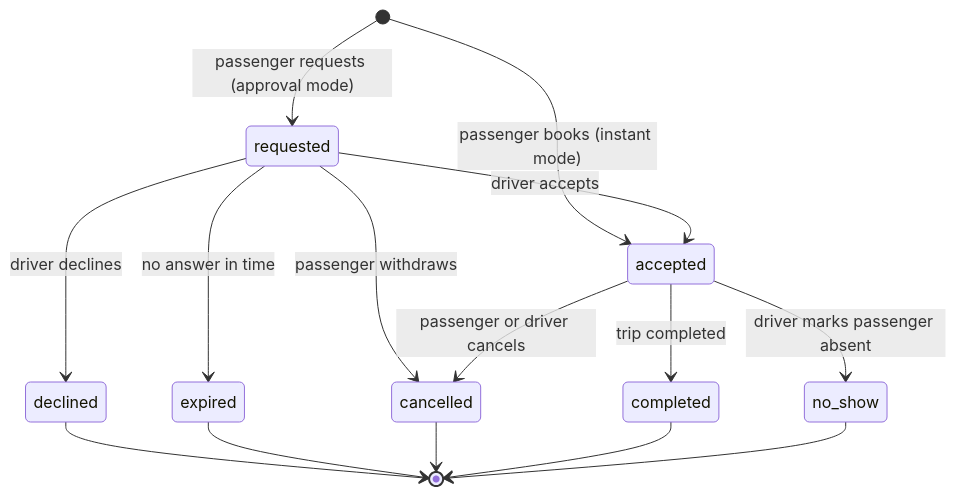
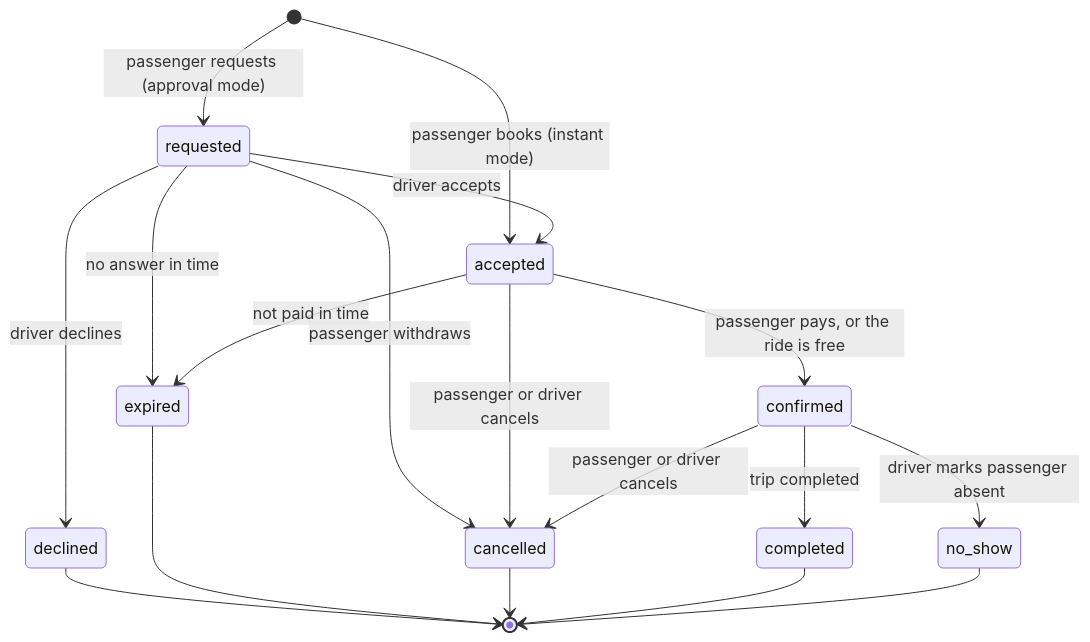
Before and after one commit to safarcikm/ShareRide: the diagram in docs/product/pricing-and-seats.md, drawn with Mermaid. The commit also changed other lines of this file and 17 other files, not shown here.

````diff
--- a/docs/product/pricing-and-seats.md
+++ b/docs/product/pricing-and-seats.md
@@ -206,17 +211,20 @@
 ```mermaid
 stateDiagram-v2
   [*] --> requested : passenger requests (approval mode)
   [*] --> accepted : passenger books (instant mode)
   requested --> accepted : driver accepts
   requested --> declined : driver declines
   requested --> expired : no answer in time
   requested --> cancelled : passenger withdraws
+  accepted --> confirmed : passenger pays, or the ride is free
+  accepted --> expired : not paid in time
   accepted --> cancelled : passenger or driver cancels
-  accepted --> completed : trip completed
-  accepted --> no_show : driver marks passenger absent
+  confirmed --> cancelled : passenger or driver cancels
+  confirmed --> completed : trip completed
+  confirmed --> no_show : driver marks passenger absent
   declined --> [*]
   expired --> [*]
   cancelled --> [*]
   completed --> [*]
   no_show --> [*]
 ```
````
